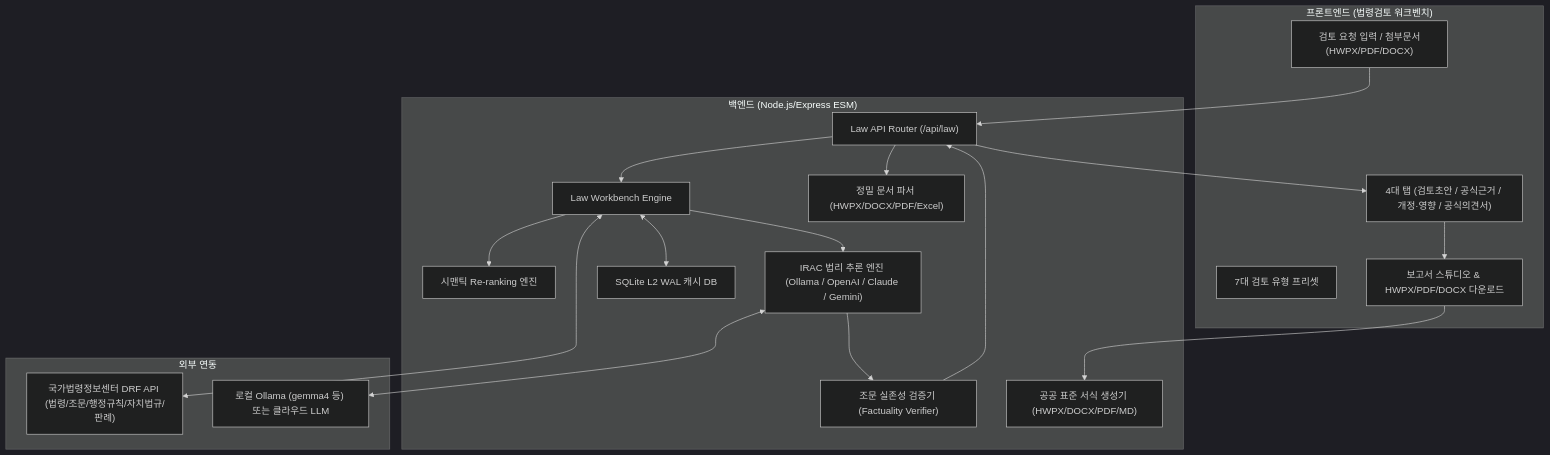
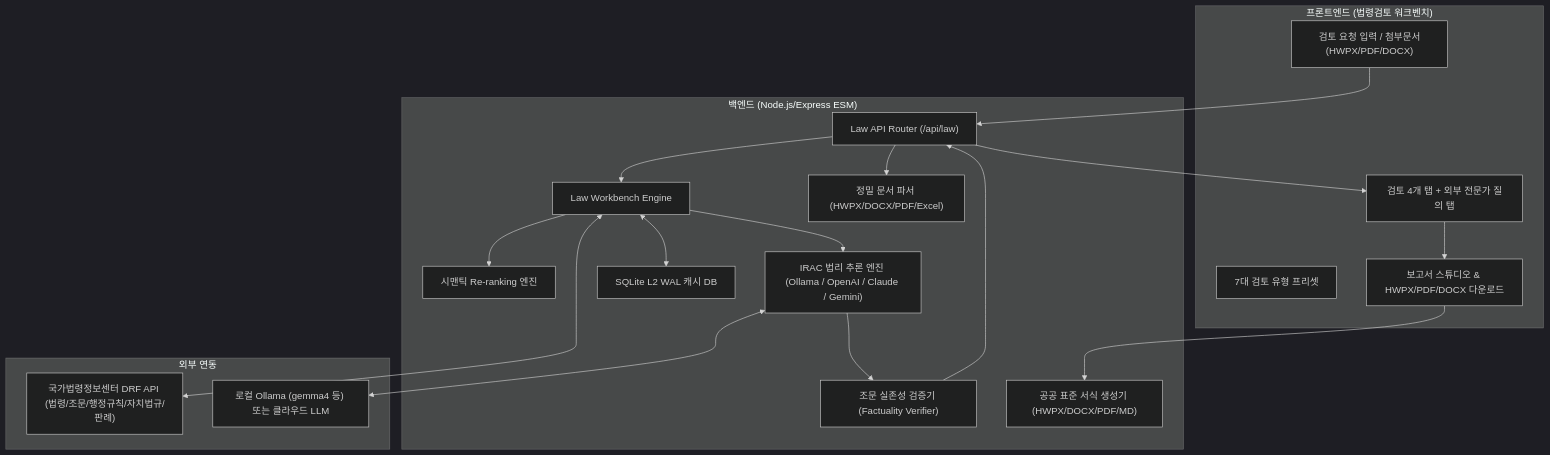
Before and after one commit to Ubermensch216/legal_review: the diagram in README.md, drawn with Mermaid (dark theme). The commit also changed other lines of this file and 11 other files, not shown here.

````diff
--- a/README.md
+++ b/README.md
@@ -133,39 +139,39 @@
 ```mermaid
 flowchart TB
     subgraph Client["프론트엔드 (법령검토 워크벤치)"]
         UI_Input["검토 요청 입력 / 첨부문서(HWPX/PDF/DOCX)"]
         UI_Presets["7대 검토 유형 프리셋"]
-        UI_Tabs["4대 탭 (검토초안 / 공식근거 / 개정·영향 / 공식의견서)"]
+        UI_Tabs["검토 4개 탭 + 외부 전문가 질의 탭"]
         UI_Studio["보고서 스튜디오 & HWPX/PDF/DOCX 다운로드"]
     end
 
     subgraph Server["백엔드 (Node.js/Express ESM)"]
         API_Router["Law API Router (/api/law)"]
         WB_Builder["Law Workbench Engine"]
         ReRanker["시맨틱 Re-ranking 엔진"]
         Verifier["조문 실존성 검증기 (Factuality Verifier)"]
         LLM_Engine["IRAC 법리 추론 엔진 (Ollama / OpenAI / Claude / Gemini)"]
         Doc_Parser["정밀 문서 파서 (HWPX/DOCX/PDF/Excel)"]
         Export_Engine["공공 표준 서식 생성기 (HWPX/DOCX/PDF/MD)"]
         Cache_DB["SQLite L2 WAL 캐시 DB"]
     end
 
     subgraph External["외부 연동"]
         Law_DRF["국가법령정보센터 DRF API (법령/조문/행정규칙/자치법규/판례)"]
         LLM_Service["로컬 Ollama (gemma4 등) 또는 클라우드 LLM"]
     end
 
     UI_Input --> API_Router
     API_Router --> Doc_Parser
     API_Router --> WB_Builder
     WB_Builder <--> Cache_DB
     WB_Builder <--> Law_DRF
     WB_Builder --> ReRanker
     WB_Builder --> LLM_Engine
     LLM_Engine <--> LLM_Service
     LLM_Engine --> Verifier
     Verifier --> API_Router
     API_Router --> UI_Tabs
     UI_Tabs --> UI_Studio
     UI_Studio --> Export_Engine
 ```
````
